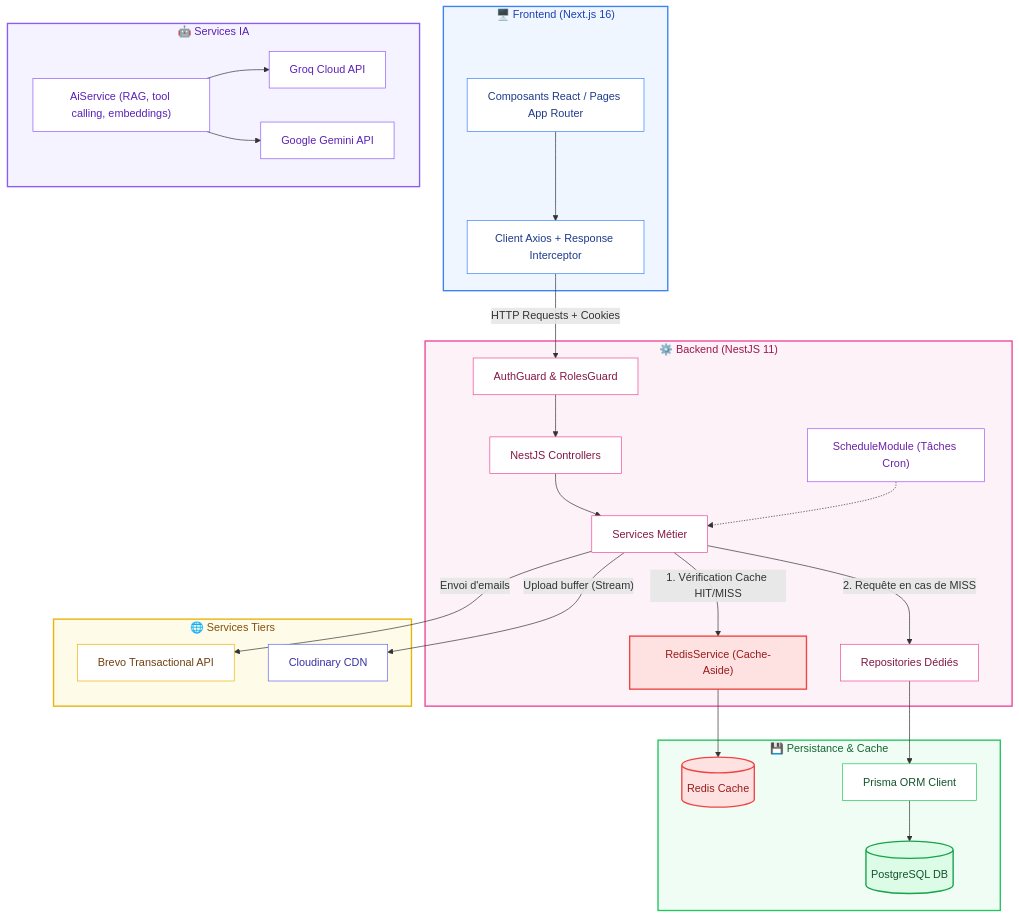
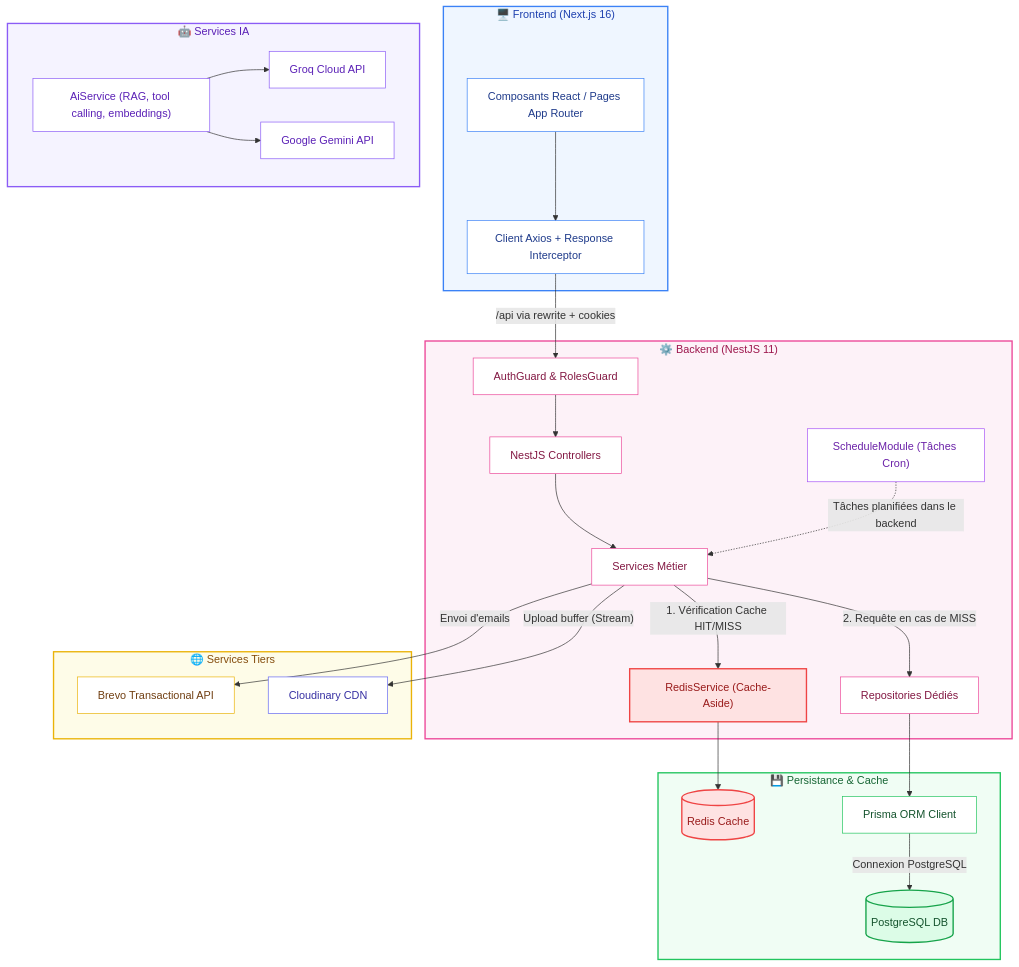
The first of 9 diagrams in README.md (rihem-akermi/freeForU), drawn with Mermaid before and after one commit. The commit also changed other lines of this file and 1 other file, not shown here.

````diff
--- a/README.md
+++ b/README.md
@@ -127,71 +127,71 @@
 ```mermaid
 flowchart TD
     subgraph Frontend["🖥️ Frontend (Next.js 16)"]
         UI["Composants React / Pages App Router"]
         AxiosClient["Client Axios + Response Interceptor"]
         UI --> AxiosClient
     end
 
     subgraph Backend["⚙️ Backend (NestJS 11)"]
         Guard["AuthGuard & RolesGuard"]
         Controller["NestJS Controllers"]
         Service["Services Métier"]
         RedisServ["RedisService (Cache-Aside)"]
         Repo["Repositories Dédiés"]
         CronTask["ScheduleModule (Tâches Cron)"]
 
-        AxiosClient -->|"HTTP Requests + Cookies"| Guard
+        AxiosClient -->|"/api via rewrite + cookies"| Guard
         Guard --> Controller
         Controller --> Service
-        CronTask -.-> Service
+        CronTask -.->|"Tâches planifiées dans le backend"| Service
         Service -->|"1. Vérification Cache HIT/MISS"| RedisServ
         Service -->|"2. Requête en cas de MISS"| Repo
     end
 
     subgraph Data["💾 Persistance & Cache"]
         Redis[(Redis Cache)]
         Prisma["Prisma ORM Client"]
         Postgres[(PostgreSQL DB)]
         RedisServ --> Redis
         Repo --> Prisma
-        Prisma --> Postgres
+        Prisma -->|"Connexion PostgreSQL"| Postgres
     end
 
     subgraph External["🌐 Services Tiers"]
         BrevoAPI["Brevo Transactional API"]
         CloudinaryAPI["Cloudinary CDN"]
         Service -->|"Envoi d'emails"| BrevoAPI
         Service -->|"Upload buffer (Stream)"| CloudinaryAPI
     end
 
     subgraph AI["🤖 Services IA"]
         AiService["AiService (RAG, tool calling, embeddings)"]
         GroqAPI["Groq Cloud API"]
         GeminiAPI["Google Gemini API"]
         AiService --> GroqAPI
         AiService --> GeminiAPI
     end
 
     style Frontend fill:#eff6ff,stroke:#3b82f6,stroke-width:2px,color:#1e40af
     style Backend fill:#fdf2f8,stroke:#ec4899,stroke-width:2px,color:#9d174d
     style Data fill:#f0fdf4,stroke:#22c55e,stroke-width:2px,color:#166534
     style External fill:#fefce8,stroke:#eab308,stroke-width:2px,color:#854d0e
 
     style UI fill:#ffffff,stroke:#3b82f6,color:#1e3a8a
     style AxiosClient fill:#ffffff,stroke:#3b82f6,color:#1e3a8a
     style Guard fill:#ffffff,stroke:#ec4899,color:#831843
     style Controller fill:#ffffff,stroke:#ec4899,color:#831843
     style Service fill:#ffffff,stroke:#ec4899,color:#831843
     style RedisServ fill:#fee2e2,stroke:#ef4444,stroke-width:2px,color:#991b1b
     style Repo fill:#ffffff,stroke:#ec4899,color:#831843
     style CronTask fill:#ffffff,stroke:#a855f7,color:#6b21a8
     style Redis fill:#fee2e2,stroke:#ef4444,stroke-width:2px,color:#991b1b
     style Prisma fill:#ffffff,stroke:#22c55e,color:#14532d
     style Postgres fill:#dcfce7,stroke:#16a34a,stroke-width:2px,color:#14532d
     style BrevoAPI fill:#ffffff,stroke:#eab308,color:#713f12
     style CloudinaryAPI fill:#ffffff,stroke:#6366f1,color:#3730a3
     style AI fill:#f5f3ff,stroke:#8b5cf6,stroke-width:2px,color:#5b21b6
     style AiService fill:#ffffff,stroke:#8b5cf6,color:#5b21b6
     style GroqAPI fill:#ffffff,stroke:#8b5cf6,color:#5b21b6
     style GeminiAPI fill:#ffffff,stroke:#8b5cf6,color:#5b21b6
 ```
````
